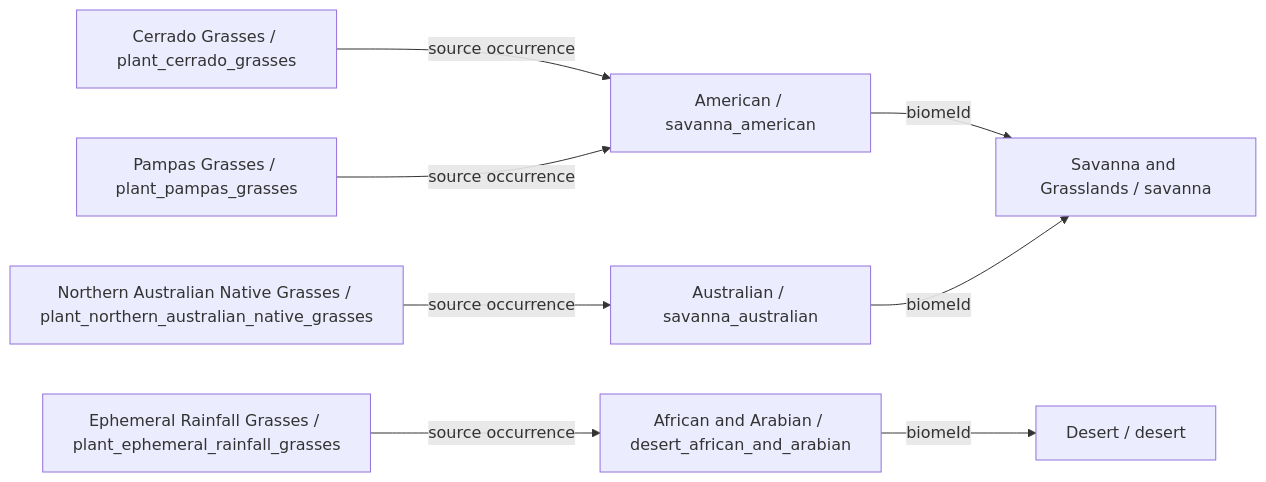
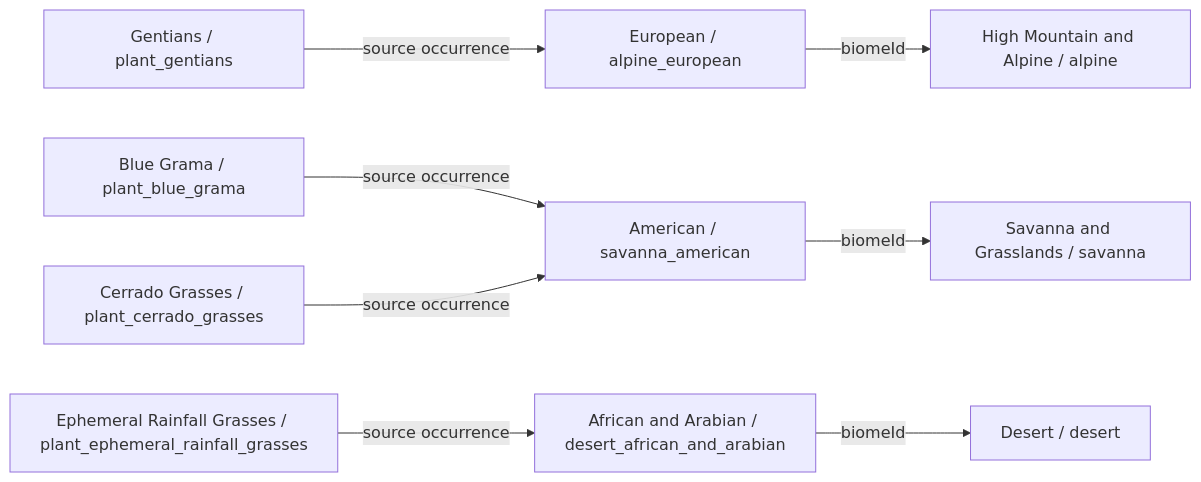
Diagram 11 of 34 in data/plants/DIAGRAMS.md (fgabo404/EvolveDoc), drawn with Mermaid before and after one commit. The commit also changed other lines of this file and 59 other files, not shown here.

````diff
--- a/data/plants/DIAGRAMS.md
+++ b/data/plants/DIAGRAMS.md
@@ -492,19 +431,20 @@
 ```mermaid
 flowchart LR
-    c0["Cerrado Grasses / plant_cerrado_grasses"]
+    c0["Gentians / plant_gentians"]
+    v25["European / alpine_european"]
+    b6["High Mountain and Alpine / alpine"]
+    c1["Blue Grama / plant_blue_grama"]
     v12["American / savanna_american"]
     b3["Savanna and Grasslands / savanna"]
-    c1["Ephemeral Rainfall Grasses / plant_ephemeral_rainfall_grasses"]
+    c2["Cerrado Grasses / plant_cerrado_grasses"]
+    c3["Ephemeral Rainfall Grasses / plant_ephemeral_rainfall_grasses"]
     v16["African and Arabian / desert_african_and_arabian"]
     b4["Desert / desert"]
-    c2["Northern Australian Native Grasses / plant_northern_australian_native_grasses"]
-    v14["Australian / savanna_australian"]
-    c3["Pampas Grasses / plant_pampas_grasses"]
-    c0 -->|source occurrence| v12
-    c1 -->|source occurrence| v16
-    c2 -->|source occurrence| v14
-    c3 -->|source occurrence| v12
+    c0 -->|source occurrence| v25
+    c1 -->|source occurrence| v12
+    c2 -->|source occurrence| v12
+    c3 -->|source occurrence| v16
     v12 -->|biomeId| b3
-    v14 -->|biomeId| b3
     v16 -->|biomeId| b4
+    v25 -->|biomeId| b6
 ```
````
